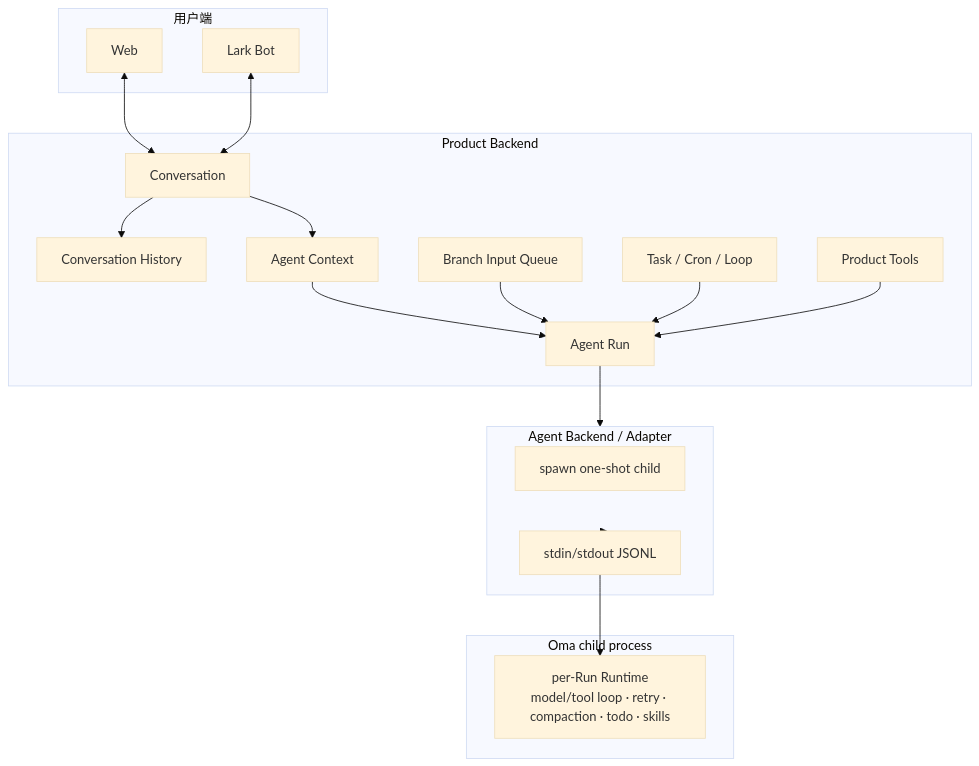
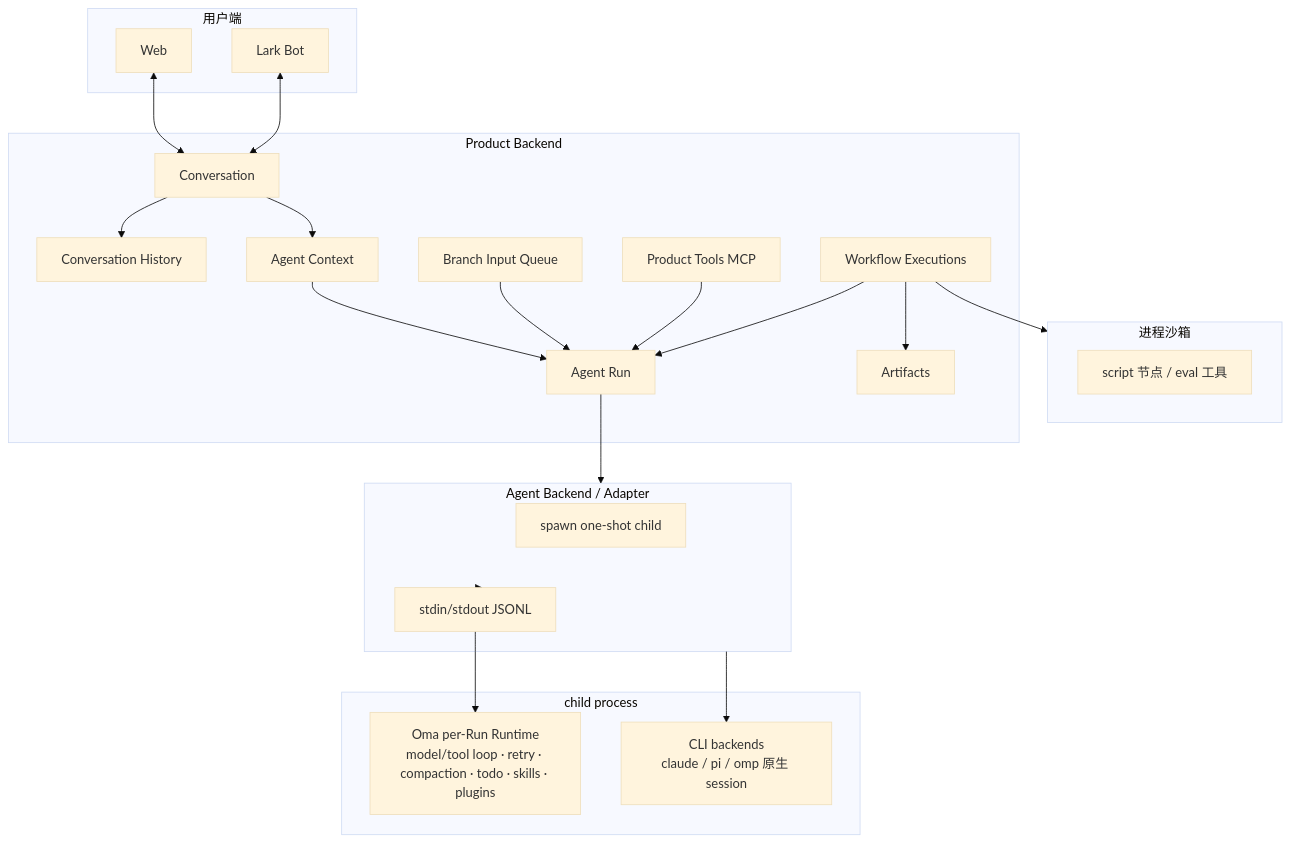
The first of 2 diagrams in docs/architecture/system-overview.md (Chengchcc/my-agent-dev), drawn with Mermaid (base theme) before and after one commit. The commit also changed other lines of this file and 20 other files, not shown here.

First line of the commit message:
docs(repo): restructure architecture wiki for the workflow era

````diff
--- a/docs/architecture/system-overview.md
+++ b/docs/architecture/system-overview.md
@@ -47,38 +48,47 @@
 ```mermaid
 flowchart TB
   subgraph Surfaces[用户端]
     Web[Web]
     Lark[Lark Bot]
   end
 
   subgraph Product[Product Backend]
     Conversation[Conversation]
     History[Conversation History]
     Context[Agent Context]
     Run[Agent Run]
     Queue[Branch Input Queue]
-    Tools[Product Tools]
-    Flow[Task / Cron / Loop]
+    Tools[Product Tools MCP]
+    Workflow[Workflow Executions]
+    Artifact[Artifacts]
   end
 
   subgraph Adapter[Agent Backend / Adapter]
     Spawn[spawn one-shot child]
     RPC[stdin/stdout JSONL]
   end
 
-  subgraph Child[Oma child process]
-    Runtime[per-Run Runtime<br/>model/tool loop · retry · compaction · todo · skills]
+  subgraph Child[child process]
+    Oma[Oma per-Run Runtime<br/>model/tool loop · retry · compaction · todo · skills · plugins]
+    CLI[CLI backends<br/>claude / pi / omp 原生 session]
+  end
+
+  subgraph Sandbox[进程沙箱]
+    Script[script 节点 / eval 工具]
   end
 
   Web <--> Conversation
   Lark <--> Conversation
   Conversation --> History
   Conversation --> Context
   Context --> Run
   Queue --> Run
-  Flow --> Run
+  Workflow --> Run
   Tools --> Run
   Run --> Adapter
   Adapter --> RPC
-  RPC --> Runtime
+  RPC --> Oma
+  Adapter --> CLI
+  Workflow --> Sandbox
+  Workflow --> Artifact
 ```
````
